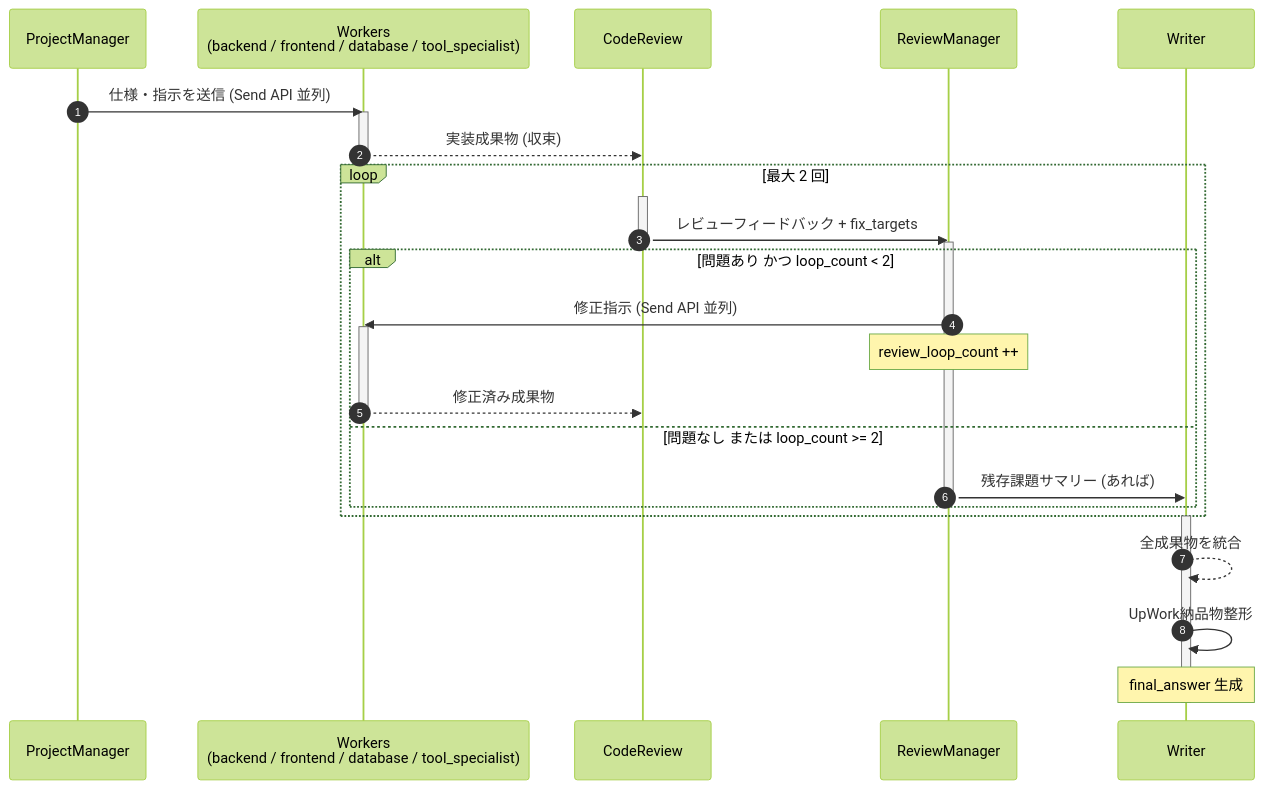
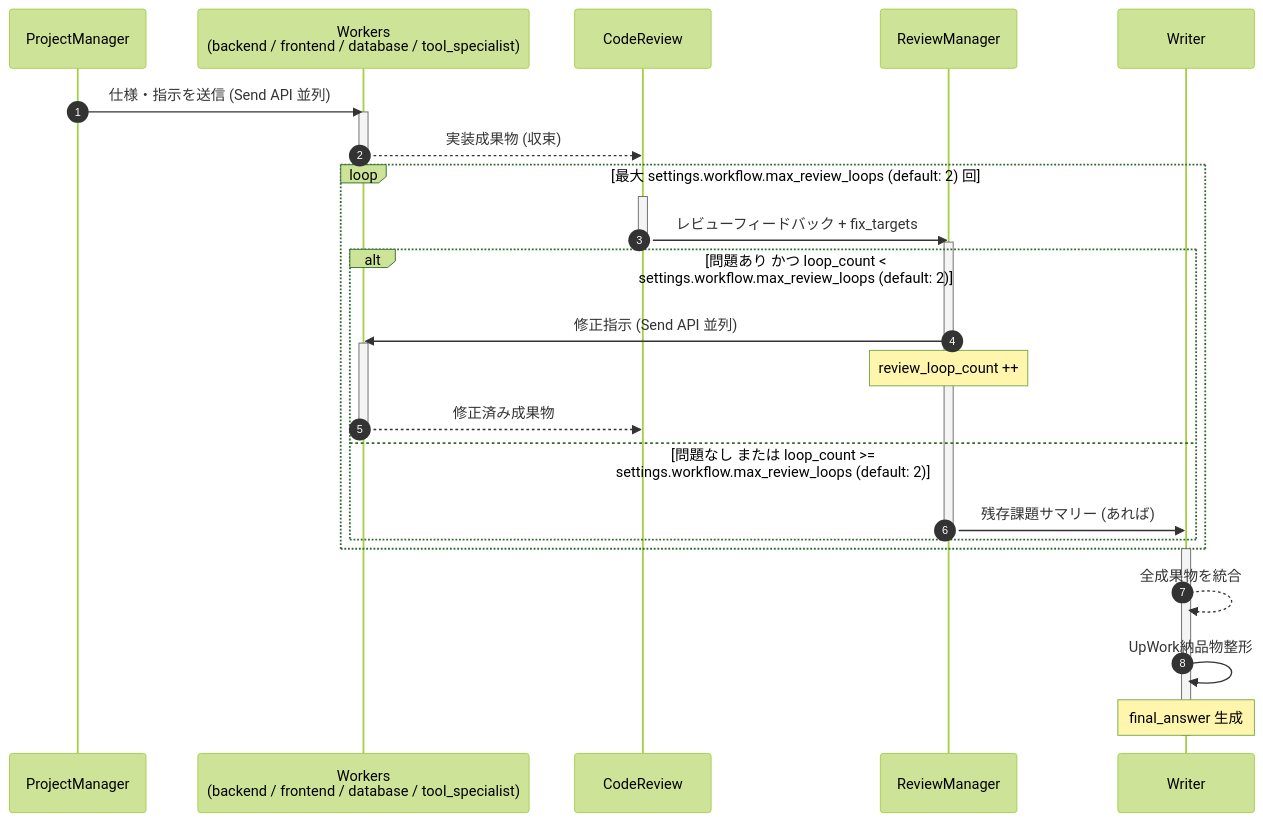
The second of 4 diagrams in docs/architecture.md (BBQ-Meat999/test-BBQ), drawn with Mermaid (forest theme) before and after one commit. The commit also changed other lines of this file and 20 other files, not shown here.

````diff
--- a/docs/architecture.md
+++ b/docs/architecture.md
@@ -77,37 +80,37 @@
 ```mermaid
 sequenceDiagram
     autonumber
     participant PM  as ProjectManager
     participant W   as Workers<br/>(backend / frontend / database / tool_specialist)
     participant CR  as CodeReview
     participant RM  as ReviewManager
     participant WR  as Writer
 
     PM->>W: 仕様・指示を送信 (Send API 並列)
     activate W
     W-->>CR: 実装成果物 (収束)
     deactivate W
 
-    loop 最大 2 回
+    loop 最大 settings.workflow.max_review_loops (default: 2) 回
         activate CR
         CR->>RM: レビューフィードバック + fix_targets
         deactivate CR
         activate RM
-        alt 問題あり かつ loop_count < 2
+        alt 問題あり かつ loop_count < settings.workflow.max_review_loops (default: 2)
             RM->>W: 修正指示 (Send API 並列)
             activate W
             Note over RM: review_loop_count ++
             W-->>CR: 修正済み成果物
             deactivate W
-        else 問題なし または loop_count >= 2
+        else 問題なし または loop_count >= settings.workflow.max_review_loops (default: 2)
             RM->>WR: 残存課題サマリー (あれば)
             deactivate RM
         end
     end
 
     activate WR
     WR-->>WR: 全成果物を統合
     WR->>WR: UpWork納品物整形
     Note over WR: final_answer 生成
     deactivate WR
 ```
````
